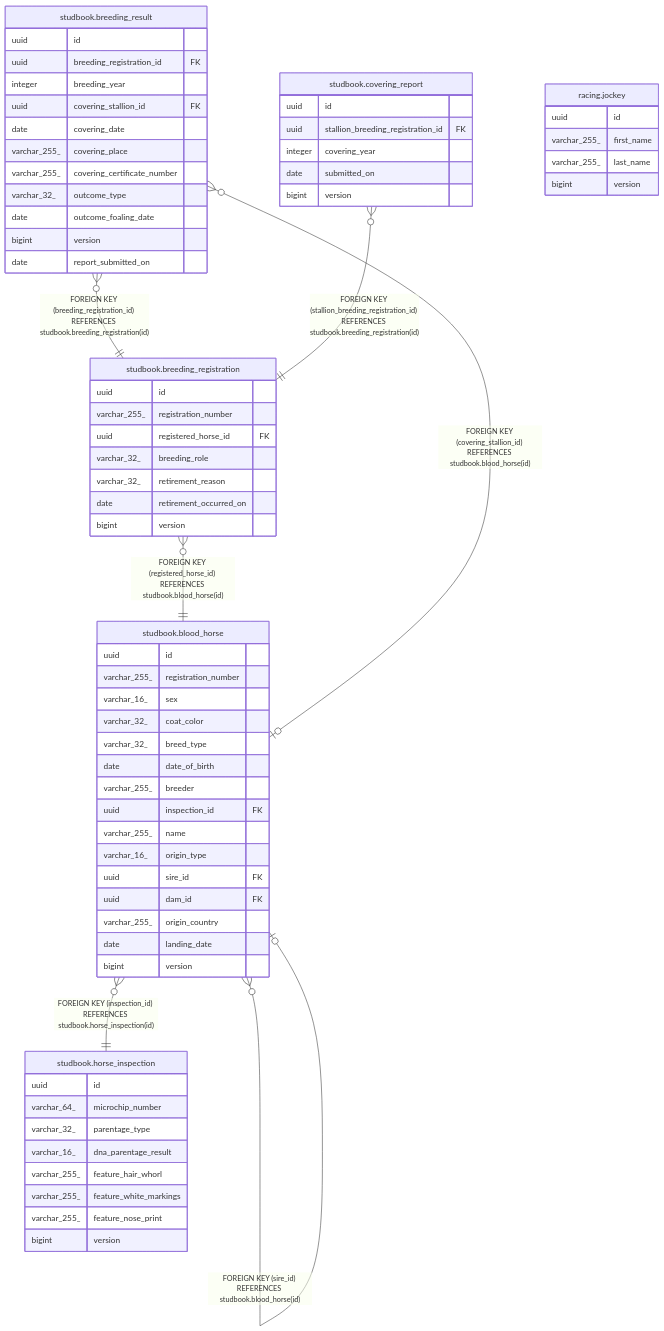
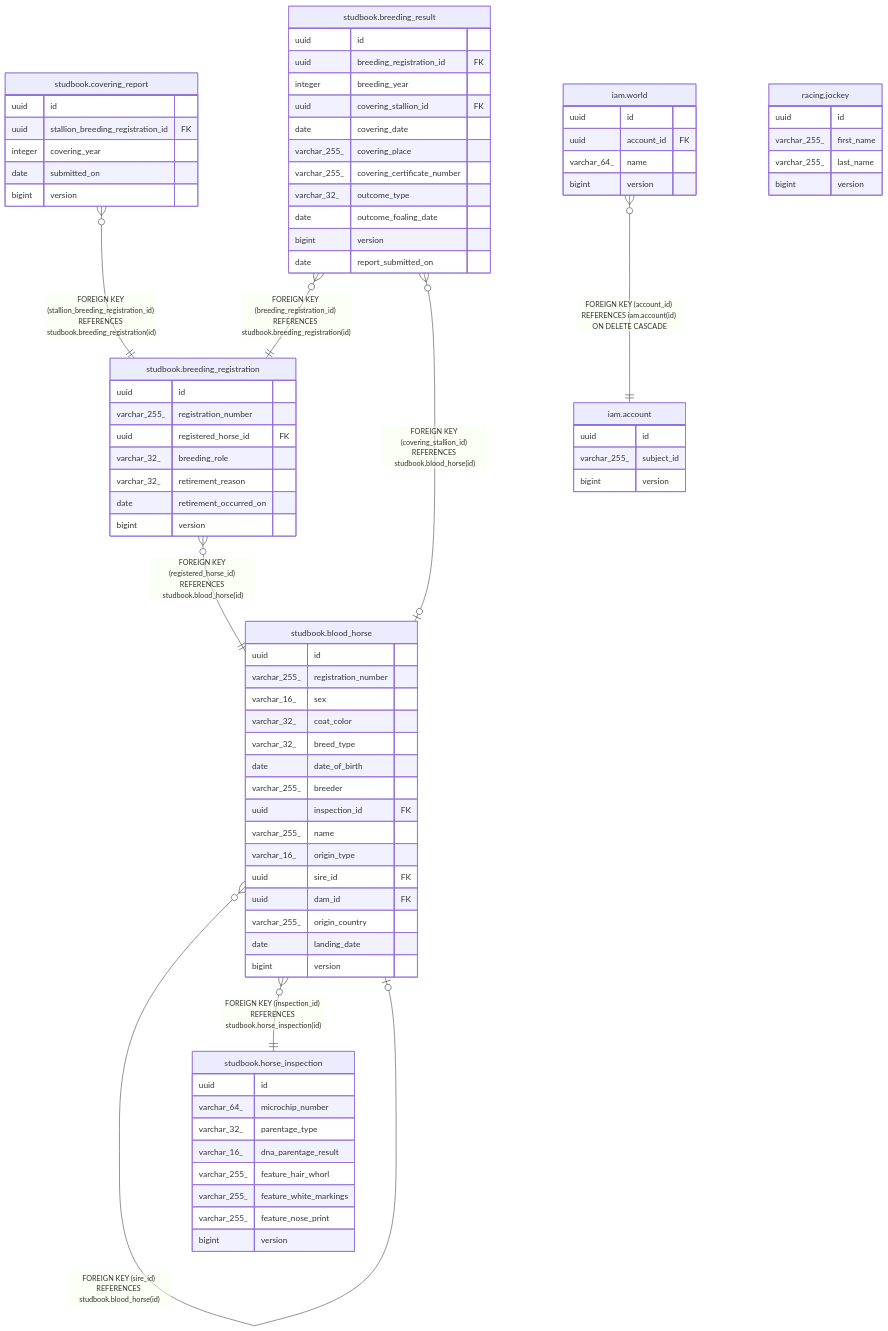
The diagram in dbdoc/README.md (ptiringo/toy-box), drawn with Mermaid before and after one commit. The commit also changed other lines of this file and 4 other files, not shown here.

First line of the commit message:
feat: iam スキーマに account / world テーブルを追加する

````diff
--- a/dbdoc/README.md
+++ b/dbdoc/README.md
@@ -23,6 +25,7 @@
 "studbook.breeding_result" }o--|| "studbook.breeding_registration" : "FOREIGN KEY (breeding_registration_id) REFERENCES studbook.breeding_registration(id)"
 "studbook.breeding_result" }o--o| "studbook.blood_horse" : "FOREIGN KEY (covering_stallion_id) REFERENCES studbook.blood_horse(id)"
 "studbook.covering_report" }o--|| "studbook.breeding_registration" : "FOREIGN KEY (stallion_breeding_registration_id) REFERENCES studbook.breeding_registration(id)"
+"iam.world" }o--|| "iam.account" : "FOREIGN KEY (account_id) REFERENCES iam.account(id) ON DELETE CASCADE"
 
 "racing.jockey" {
   uuid id
@@ -86,4 +89,15 @@
   date submitted_on
   bigint version
 }
+"iam.account" {
+  uuid id
+  varchar_255_ subject_id
+  bigint version
+}
+"iam.world" {
+  uuid id
+  uuid account_id FK
+  varchar_64_ name
+  bigint version
+}
 ```
````
